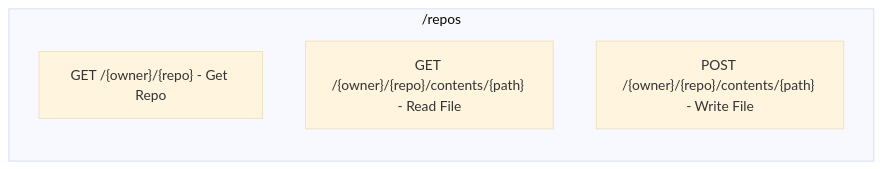
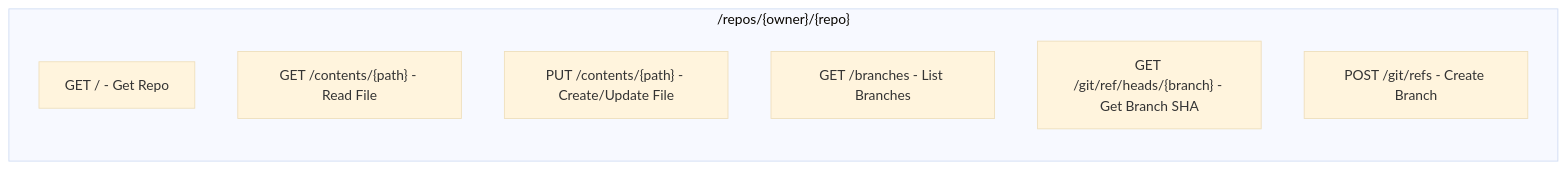
One commit to rom-orlovich/groote-ai changed the fifth of 8 diagrams in api-services/github-api/docs/ARCHITECTURE.md. Above: the diagram before and after it, drawn with Mermaid (base theme). The commit also changed other lines of this file and 99 other files, not shown here.

Commit message:
feat: Add comprehensive documentation for service features, architecture, and flows, and introduce a Claude skill for documentation synchronization.

````diff
--- a/api-services/github-api/docs/ARCHITECTURE.md
+++ b/api-services/github-api/docs/ARCHITECTURE.md
@@ -108,8 +108,11 @@
 ```mermaid
 graph LR
-    subgraph Repos["/repos"]
-        R1["GET /{owner}/{repo} - Get Repo"]
-        R2["GET /{owner}/{repo}/contents/{path} - Read File"]
-        R3["POST /{owner}/{repo}/contents/{path} - Write File"]
+    subgraph Repos["/repos/{owner}/{repo}"]
+        R1["GET / - Get Repo"]
+        R2["GET /contents/{path} - Read File"]
+        R3["PUT /contents/{path} - Create/Update File"]
+        R4["GET /branches - List Branches"]
+        R5["GET /git/ref/heads/{branch} - Get Branch SHA"]
+        R6["POST /git/refs - Create Branch"]
     end
 ```
````
